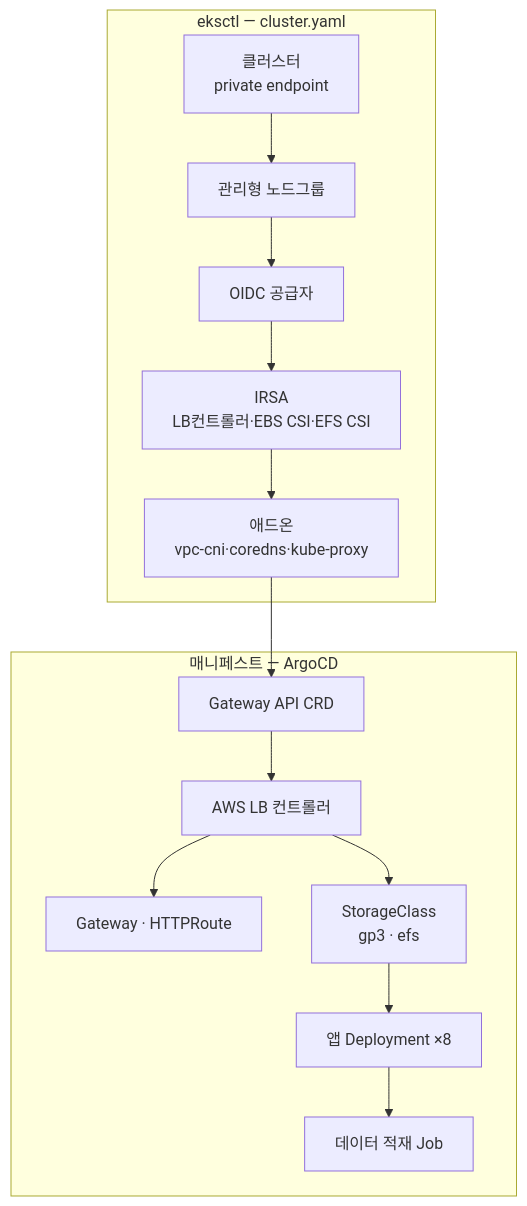
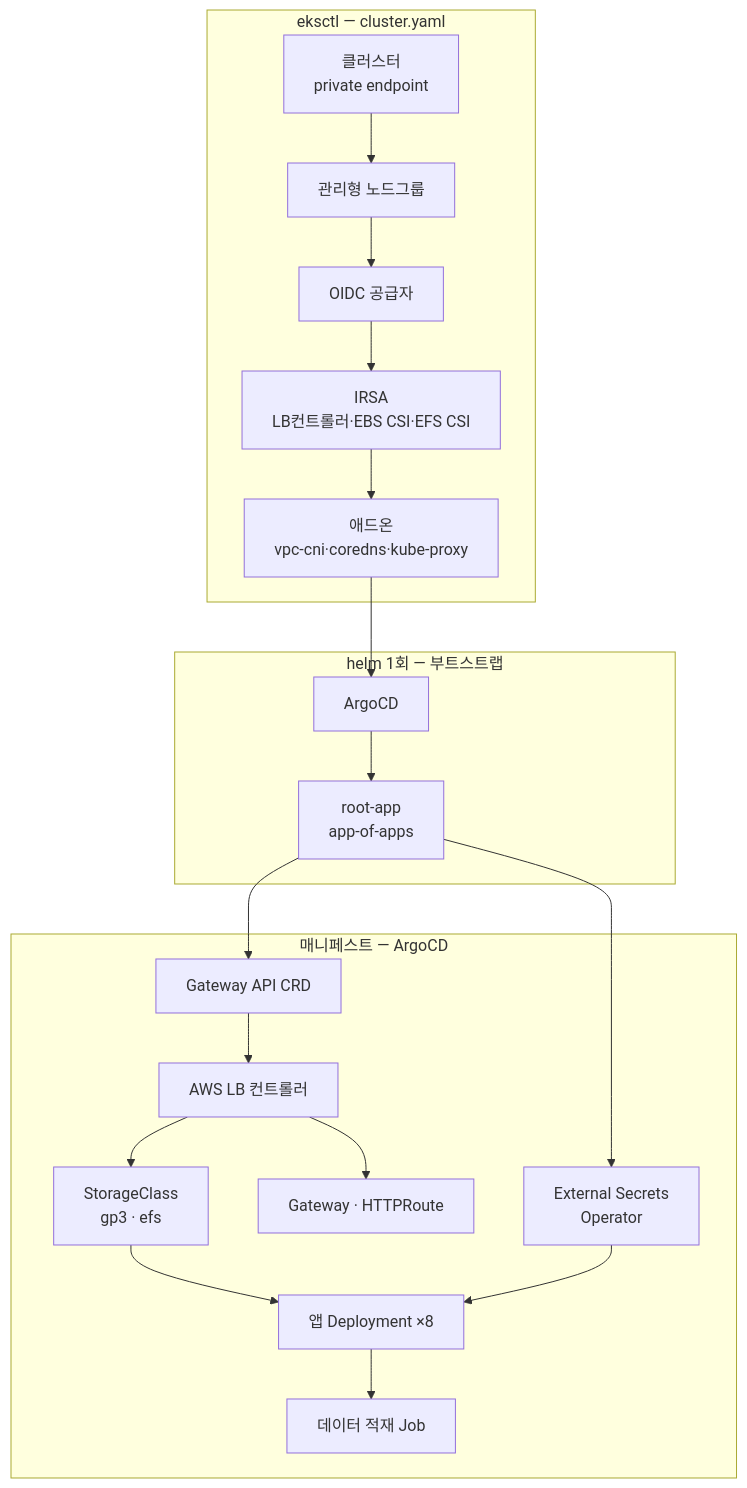
Before and after one commit to kjbddo/bitcomputer-emr: the third of 7 diagrams in Docs/11-target-architecture.md, drawn with Mermaid. The commit also changed other lines of this file, not shown here.

First line of the commit message:
docs: 사이징·시크릿·ArgoCD 부트스트랩을 확정한다

````diff
--- a/Docs/11-target-architecture.md
+++ b/Docs/11-target-architecture.md
@@ -215,23 +248,32 @@
 ```mermaid
 flowchart TB
   subgraph ek["eksctl — cluster.yaml"]
     C1["클러스터<br/>private endpoint"]
     C2["관리형 노드그룹"]
     C3["OIDC 공급자"]
     C4["IRSA<br/>LB컨트롤러·EBS CSI·EFS CSI"]
     C5["애드온<br/>vpc-cni·coredns·kube-proxy"]
   end
 
+  subgraph bs["helm 1회 — 부트스트랩"]
+    B1["ArgoCD"]
+    B2["root-app<br/>app-of-apps"]
+  end
+
   subgraph mf["매니페스트 — ArgoCD"]
+    M0["External Secrets<br/>Operator"]
     M1["Gateway API CRD"]
     M2["AWS LB 컨트롤러"]
     M3["Gateway · HTTPRoute"]
     M4["StorageClass<br/>gp3 · efs"]
     M5["앱 Deployment ×8"]
     M6["데이터 적재 Job"]
   end
 
   C1 --> C2 --> C3 --> C4 --> C5
-  C5 --> M1 --> M2 --> M3
+  C5 --> B1 --> B2
+  B2 --> M0
+  B2 --> M1 --> M2 --> M3
   M2 --> M4 --> M5 --> M6
+  M0 --> M5
 ```
````
